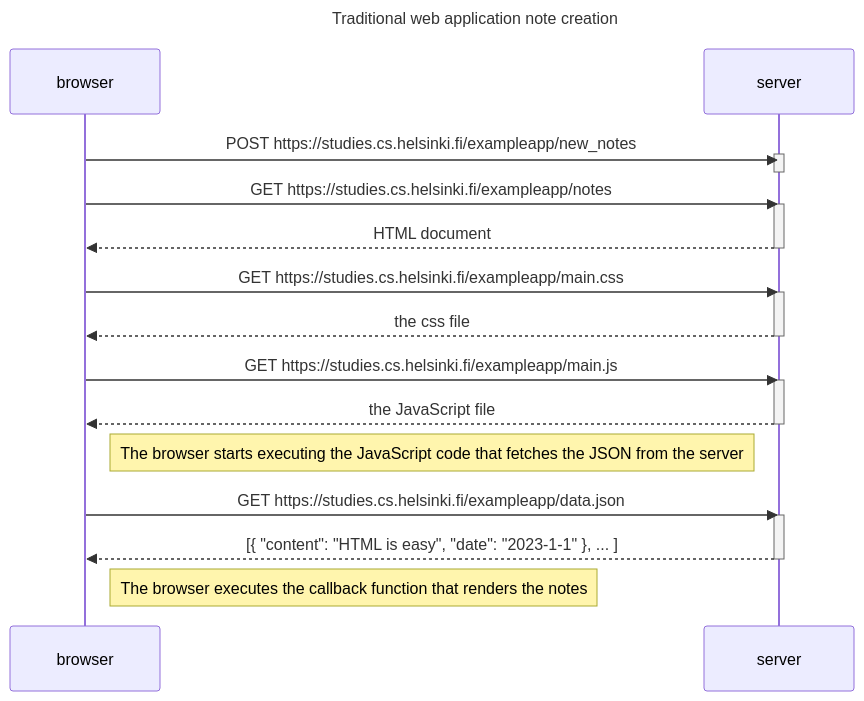
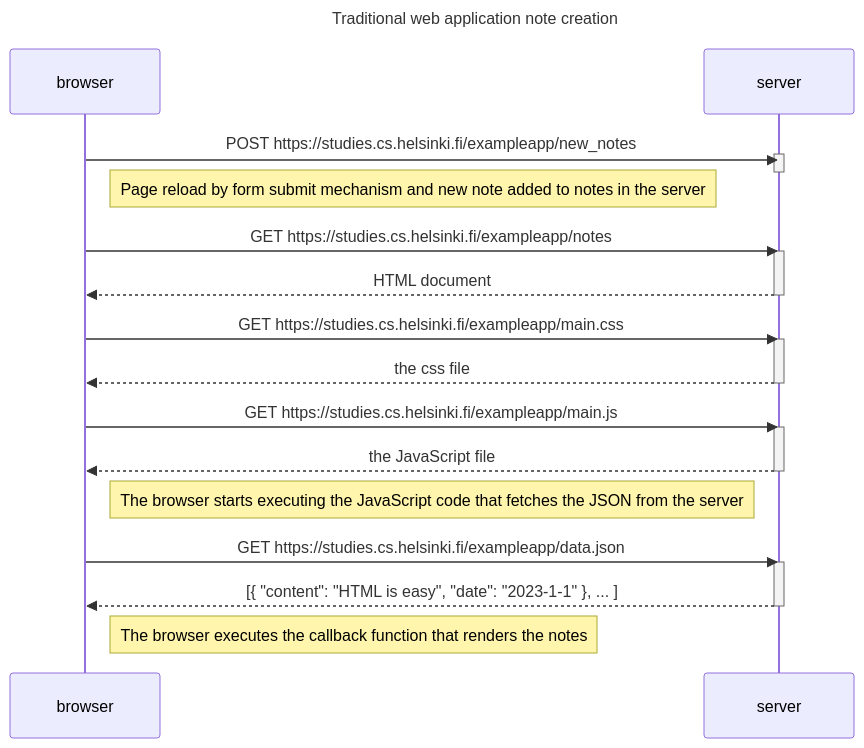
Before and after one commit to cunbex/FullStackOpen-Exercises: the diagram in part0/04.md, drawn with Mermaid. The commit also changed 2 other files, not shown here.

Commit message:
Update diagram's & add part0 README.md

````diff
--- a/part0/04.md
+++ b/part0/04.md
@@ -1,34 +1,36 @@
 ```mermaid
 sequenceDiagram
     title Traditional web application note creation
     participant browser
     participant server
 
     browser->>server: POST https://studies.cs.helsinki.fi/exampleapp/new_notes
     activate server
     deactivate server
+
+    Note right of browser: Page reload by form submit mechanism and new note added to notes in the server
 
     browser->>server: GET https://studies.cs.helsinki.fi/exampleapp/notes
     activate server
     server-->>browser: HTML document
     deactivate server
 
     browser->>server: GET https://studies.cs.helsinki.fi/exampleapp/main.css
     activate server
     server-->>browser: the css file
     deactivate server
 
     browser->>server: GET https://studies.cs.helsinki.fi/exampleapp/main.js
     activate server
     server-->>browser: the JavaScript file
     deactivate server
 
     Note right of browser: The browser starts executing the JavaScript code that fetches the JSON from the server
 
     browser->>server: GET https://studies.cs.helsinki.fi/exampleapp/data.json
     activate server
     server-->>browser: [{ "content": "HTML is easy", "date": "2023-1-1" }, ... ]
     deactivate server
 
     Note right of browser: The browser executes the callback function that renders the notes
 ```
````
